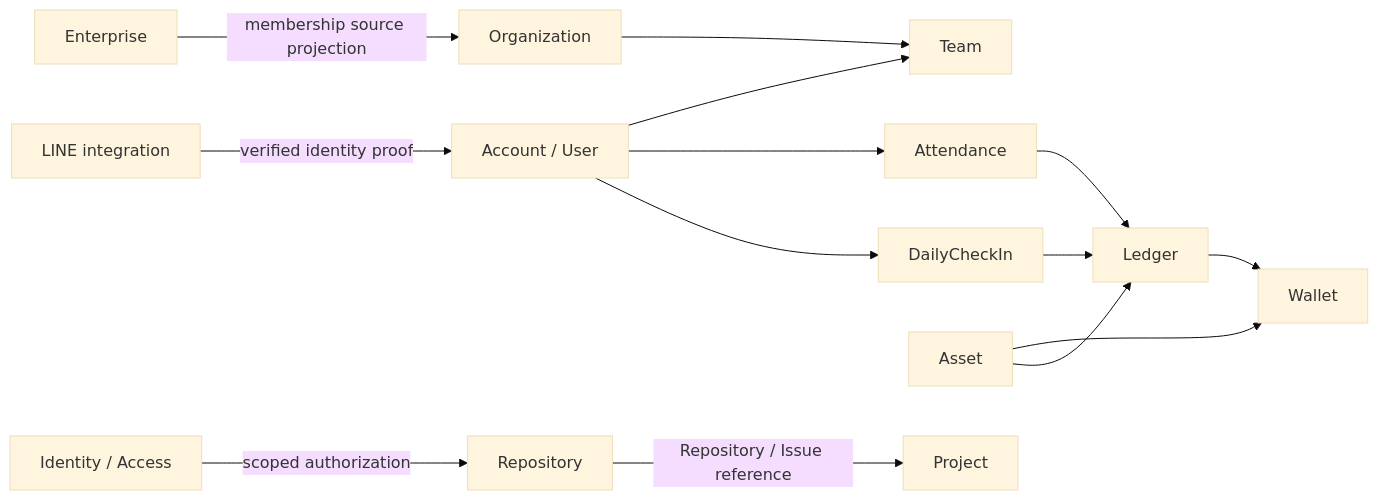
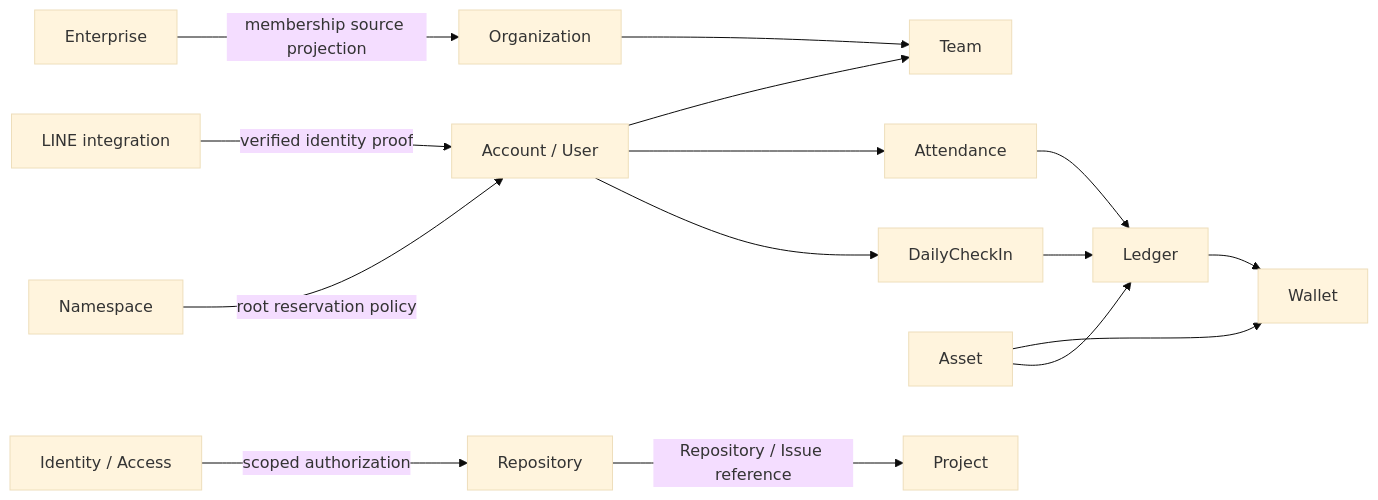
One commit to 963sup/Line_Bot_v1 changed the diagram in docs/000-core/030-repository-map.md. Above: the diagram before and after it, drawn with Mermaid (base theme). The commit also changed other lines of this file and 72 other files, not shown here.

Commit message:
feat(repository): add creation flow and harden Supabase reconciliation

````diff
--- a/docs/000-core/030-repository-map.md
+++ b/docs/000-core/030-repository-map.md
@@ -42,16 +42,17 @@
 ```mermaid
 flowchart LR
     Line["LINE integration"] -->|"verified identity proof"| Account["Account / User"]
+    Namespace["Namespace"] -->|"root reservation policy"| Account
     Enterprise["Enterprise"] -->|"membership source projection"| Organization["Organization"]
     Account --> Team["Team"]
     Account --> Attendance["Attendance"]
     Account --> Daily["DailyCheckIn"]
     Organization --> Team
     Daily --> Ledger["Ledger"]
     Attendance --> Ledger
     Asset["Asset"] --> Wallet["Wallet"]
     Asset --> Ledger
     Ledger --> Wallet
     Identity["Identity / Access"] -->|"scoped authorization"| Repository["Repository"]
     Repository -->|"Repository / Issue reference"| Project["Project"]
 ```
````
